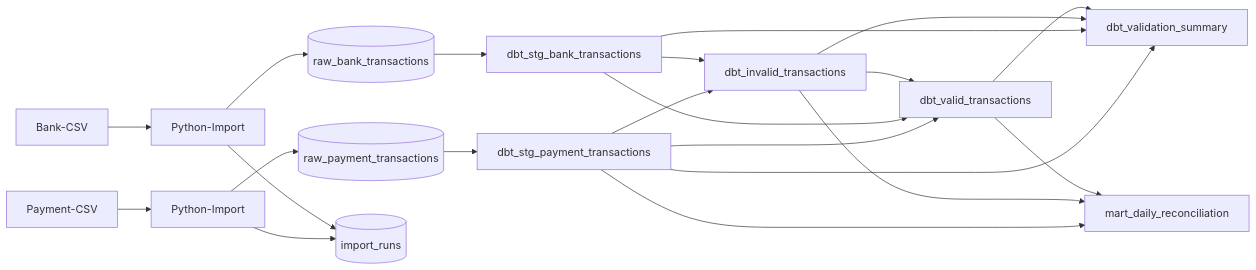
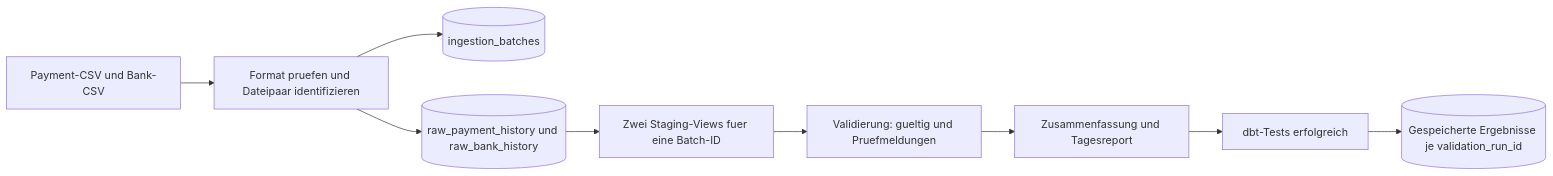
The diagram in README.md (Titi9625/sql-transaktionsvalidierung), drawn with Mermaid before and after one commit. The commit also changed other lines of this file and 37 other files, not shown here.

Commit message:
Add batch-aware ingestion with raw history and saved validation results

````diff
--- a/README.md
+++ b/README.md
@@ -29,23 +31,11 @@
 ```mermaid
 flowchart LR
-    P[Payment-CSV] --> IP[Python-Import]
-    B[Bank-CSV] --> IB[Python-Import]
-    IP --> RP[(raw_payment_transactions)]
-    IB --> RB[(raw_bank_transactions)]
-    IP --> L[(import_runs)]
-    IB --> L
-    RP --> SP[dbt_stg_payment_transactions]
-    RB --> SB[dbt_stg_bank_transactions]
-    SP --> I[dbt_invalid_transactions]
-    SB --> I
-    SP --> V[dbt_valid_transactions]
-    SB --> V
-    I --> V
-    SP --> S[dbt_validation_summary]
-    SB --> S
-    I --> S
-    V --> S
-    SP --> M[mart_daily_reconciliation]
-    I --> M
-    V --> M
+    P[Payment-CSV und Bank-CSV] --> C[Format pruefen und Dateipaar identifizieren]
+    C --> R[(ingestion_batches)]
+    C --> H[(raw_payment_history und raw_bank_history)]
+    H --> S[Zwei Staging-Views fuer eine Batch-ID]
+    S --> V[Validierung: gueltig und Pruefmeldungen]
+    V --> M[Zusammenfassung und Tagesreport]
+    M --> T[dbt-Tests erfolgreich]
+    T --> E[(Gespeicherte Ergebnisse je validation_run_id)]
 ```
````
